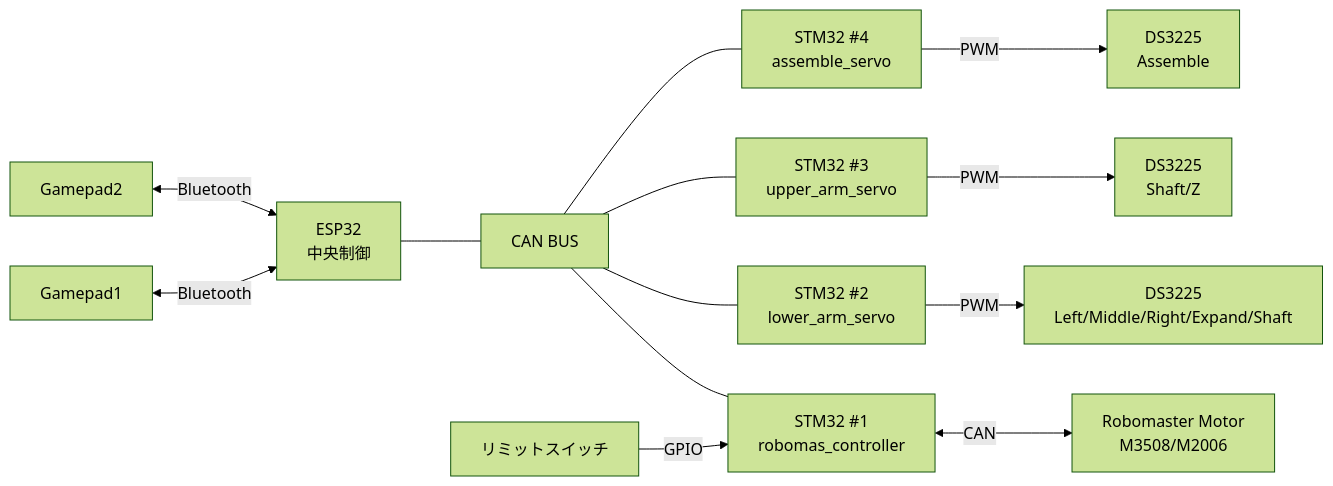
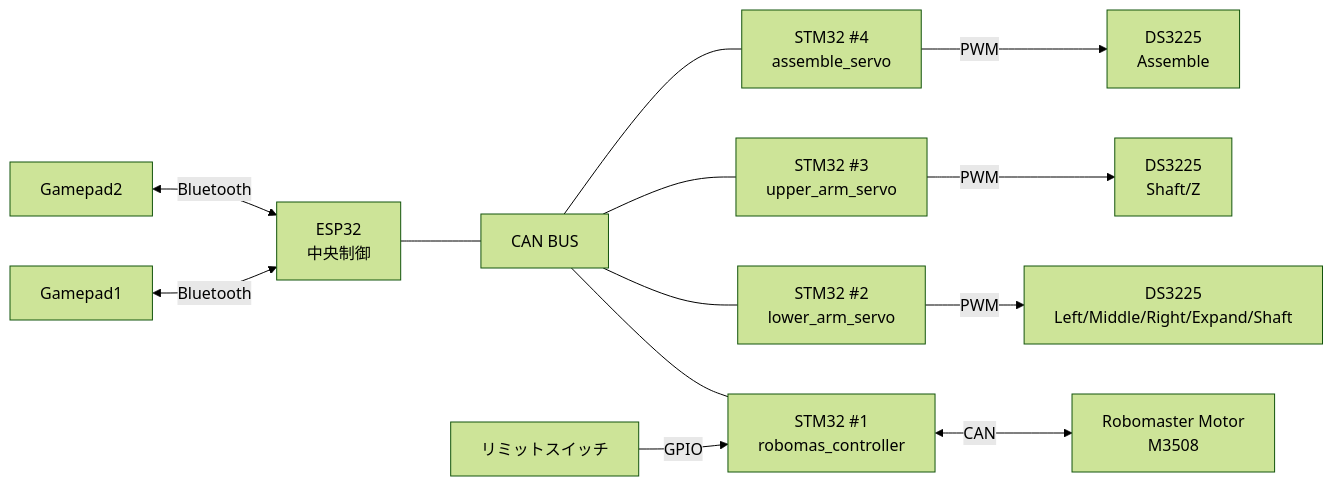
Before and after one commit to nyankowan/CatchRobo_2026: the diagram in README.md, drawn with Mermaid (forest theme). The commit also changed other lines of this file, not shown here.

Commit message:
Update actuator list and motor connection details
Removed Robomaster M2006 from actuator list and updated motor connection information.

````diff
--- a/README.md
+++ b/README.md
@@ -79,18 +78,18 @@
 ```mermaid
 graph LR
     Pad1[Gamepad1] <-->|Bluetooth| ESP32[ESP32<br>中央制御]
     Pad2[Gamepad2] <-->|Bluetooth| ESP32
 
     ESP32 --- CAN[CAN BUS]
 
     CAN --- STM1[STM32 #1<br>robomas_controller]
     CAN --- STM2[STM32 #2<br>lower_arm_servo]
     CAN --- STM3[STM32 #3<br>upper_arm_servo]
     CAN --- STM4[STM32 #4<br>assemble_servo]
 
-    STM1 <-->|CAN| Motor[Robomaster Motor<br>M3508/M2006]
+    STM1 <-->|CAN| Motor[Robomaster Motor<br>M3508]
     Limit[リミットスイッチ] -->|GPIO| STM1
     STM2 -->|PWM| Servo1[DS3225<br>Left/Middle/Right/Expand/Shaft]
     STM3 -->|PWM| Servo2[DS3225<br>Shaft/Z]
     STM4 -->|PWM| Servo3[DS3225<br>Assemble]
 ```
````
